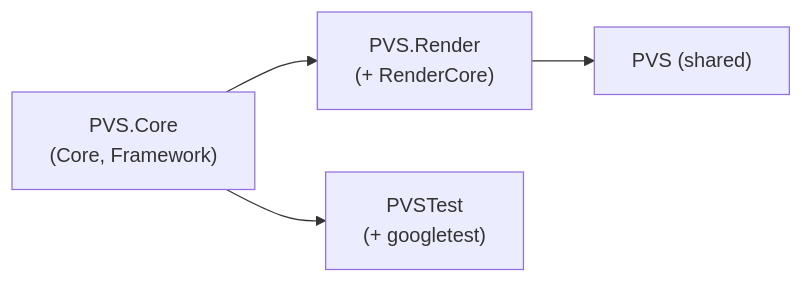
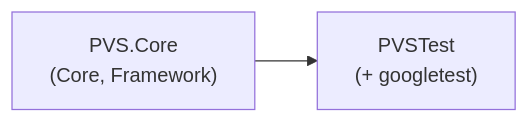
The diagram in docs/plugins/pvs.md (bluesky013/SkyEngine), drawn with Mermaid before and after one commit. The commit also changed other lines of this file and 812 other files, not shown here.

````diff
--- a/docs/plugins/pvs.md
+++ b/docs/plugins/pvs.md
@@ -30,6 +28,4 @@
 ```mermaid
 graph LR
-    PVS_Core["PVS.Core<br/>(Core, Framework)"] --> PVS_Render["PVS.Render<br/>(+ RenderCore)"]
-    PVS_Core --> PVSTest["PVSTest<br/>(+ googletest)"]
-    PVS_Render --> PVS["PVS (shared)"]
+    PVS_Core["PVS.Core<br/>(Core, Framework)"] --> PVSTest["PVSTest<br/>(+ googletest)"]
 ```
````
